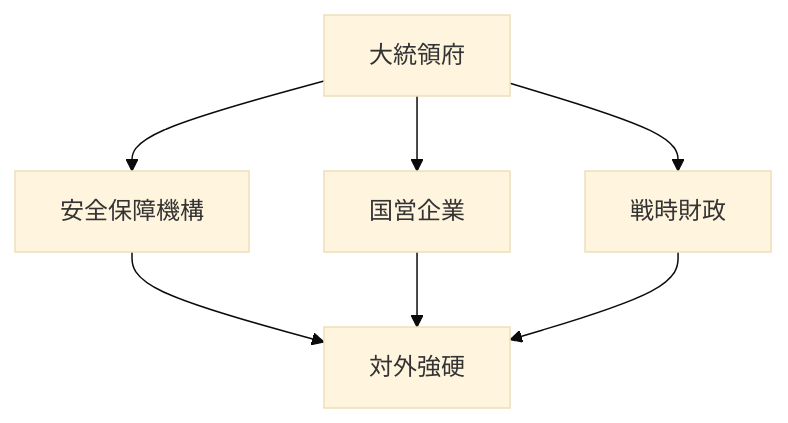
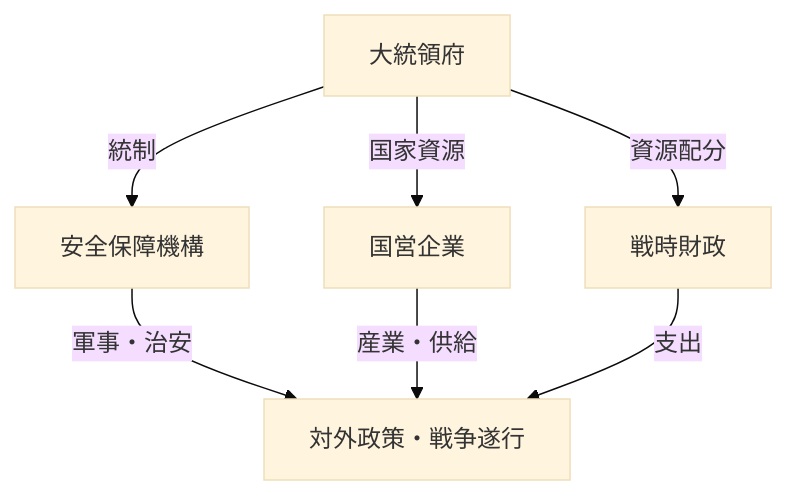
Before and after one commit to daylight55/research: the first of 3 diagrams in articles/report/russia-geopolitical-profile/ja/index.mdx, drawn with Mermaid (base theme). The commit also changed other lines of this file and 181 other files, not shown here.

First line of the commit message:
全記事の図解368点を再生成し、共通注意書きを削除 (#402)

````diff
--- a/articles/report/russia-geopolitical-profile/ja/index.mdx
+++ b/articles/report/russia-geopolitical-profile/ja/index.mdx
@@ -32,9 +32,16 @@
 ```mermaid
 flowchart TD
-  A["大統領府"] --> B["安全保障機構"]
-  A --> C["国営企業"]
-  A --> D["戦時財政"]
-  B --> E["対外強硬"]
-  C --> E
-  D --> E
+  accTitle: ロシアの権力集中と戦時資源の配分
+  accDescr: 大統領府、安全保障機構、国営企業、戦時財政が対外政策を支える仕組みを読む。
+  N0["大統領府"]
+  N1["安全保障機構"]
+  N2["国営企業"]
+  N3["戦時財政"]
+  N4["対外政策・戦争遂行"]
+  N0 -->|統制| N1
+  N0 -->|国家資源| N2
+  N0 -->|資源配分| N3
+  N1 -->|軍事・治安| N4
+  N2 -->|産業・供給| N4
+  N3 -->|支出| N4
 ```
````
